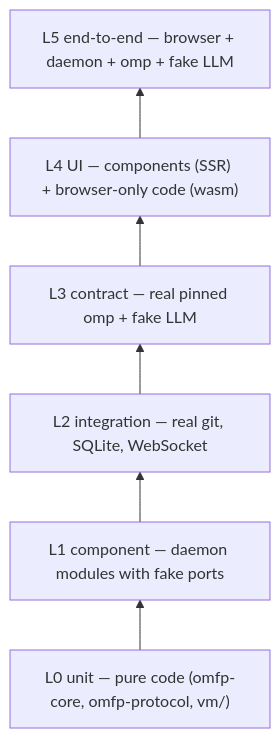
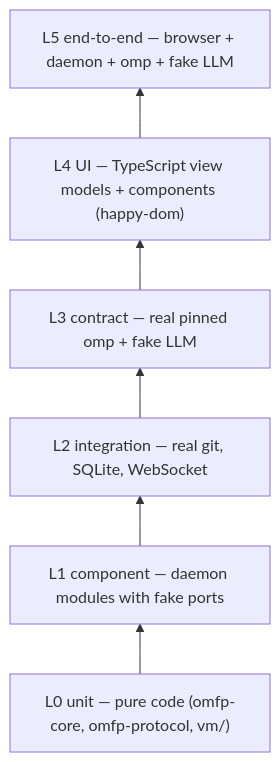
Before and after one commit to TonioGela/omfp: the diagram in docs/specs/06-testing.md, drawn with Mermaid. The commit also changed other lines of this file and 303 other files, not shown here.

First line of the commit message:
feat(ui): TypeScript UI with React 19, widgets, themes, settings and vim keymap (M3)

````diff
--- a/docs/specs/06-testing.md
+++ b/docs/specs/06-testing.md
@@ -25,10 +25,10 @@
 ```mermaid
 flowchart BT
   L0["L0 unit — pure code (omfp-core, omfp-protocol, vm/)"]
   L1["L1 component — daemon modules with fake ports"]
   L2["L2 integration — real git, SQLite, WebSocket"]
   L3["L3 contract — real pinned omp + fake LLM"]
-  L4["L4 UI — components (SSR) + browser-only code (wasm)"]
+  L4["L4 UI — TypeScript view models + components (happy-dom)"]
   L5["L5 end-to-end — browser + daemon + omp + fake LLM"]
   L0 --> L1 --> L2 --> L3 --> L4 --> L5
 ```
````
